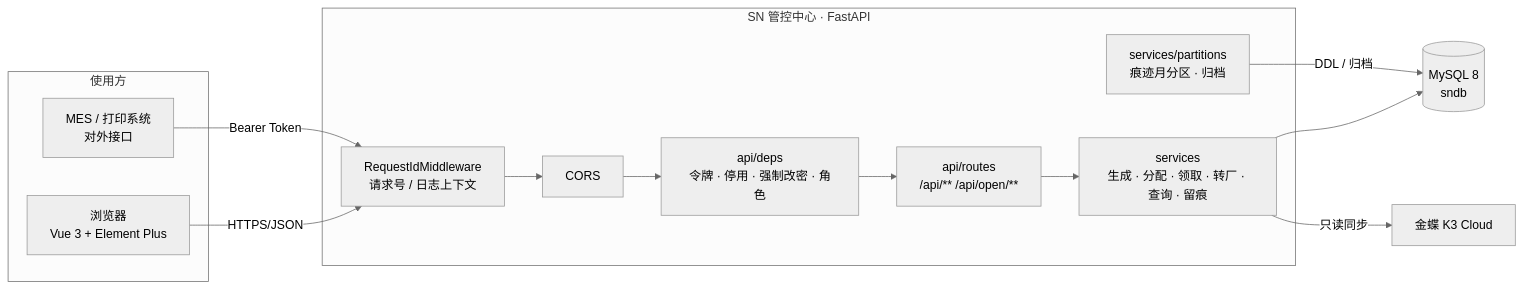
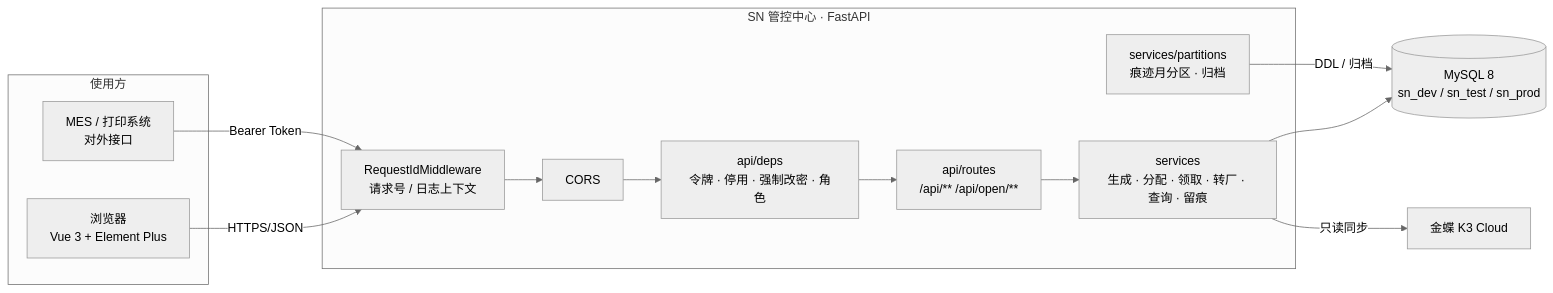
Before and after one commit to Createsnow/sn-center: the first of 13 diagrams in docs/技术文档.md, drawn with Mermaid (neutral theme). The commit also changed other lines of this file and 29 other files, not shown here.

First line of the commit message:
转厂不再做转入 PI 查重；库名按环境定为 sn_dev / sn_test / sn_prod

````diff
--- a/docs/技术文档.md
+++ b/docs/技术文档.md
@@ -23,22 +23,22 @@
 ```mermaid
 flowchart LR
     subgraph Client[使用方]
         B[浏览器<br/>Vue 3 + Element Plus]
         M[MES / 打印系统<br/>对外接口]
     end
     subgraph App[SN 管控中心 · FastAPI]
         F1[RequestIdMiddleware<br/>请求号 / 日志上下文]
         F2[CORS]
         I[api/deps<br/>令牌 · 停用 · 强制改密 · 角色]
         C[api/routes<br/>/api/**  /api/open/**]
         S[services<br/>生成 · 分配 · 领取 · 转厂 · 查询 · 留痕]
         P[services/partitions<br/>痕迹月分区 · 归档]
     end
-    DB[(MySQL 8<br/>sndb)]
+    DB[(MySQL 8<br/>sn_dev / sn_test / sn_prod)]
     K3[金蝶 K3 Cloud]
     B -- HTTPS/JSON --> F1
     M -- Bearer Token --> F1
     F1 --> F2 --> I --> C --> S --> DB
     S -- 只读同步 --> K3
     P -- DDL / 归档 --> DB
 ```
````
